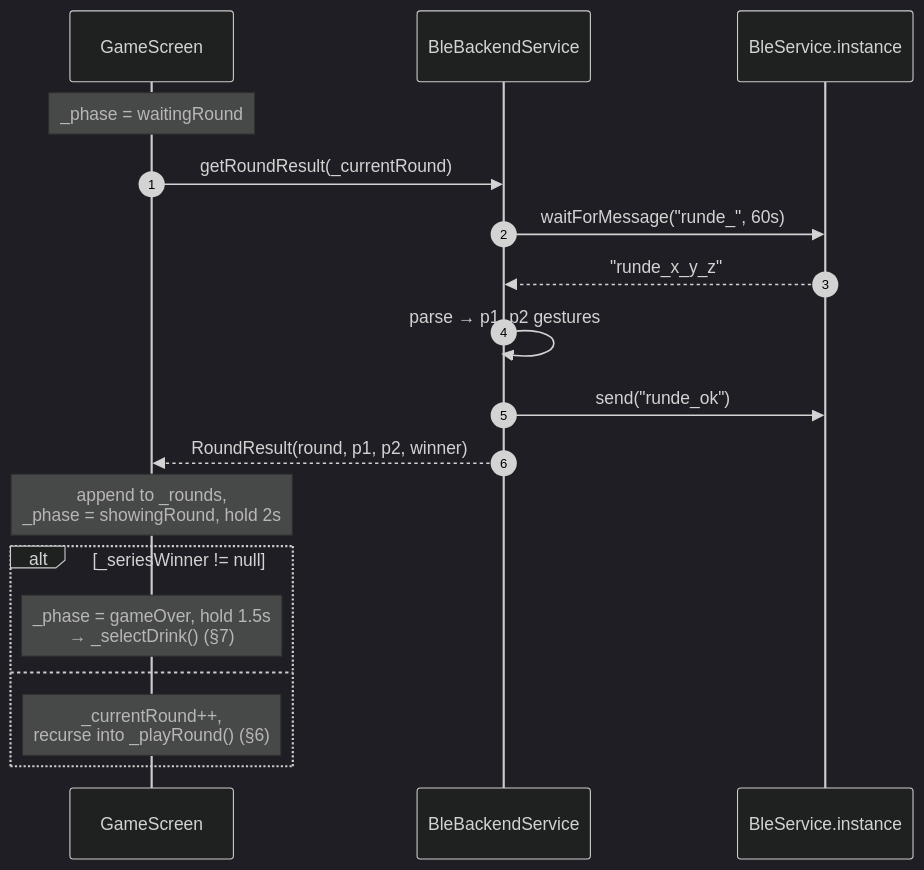
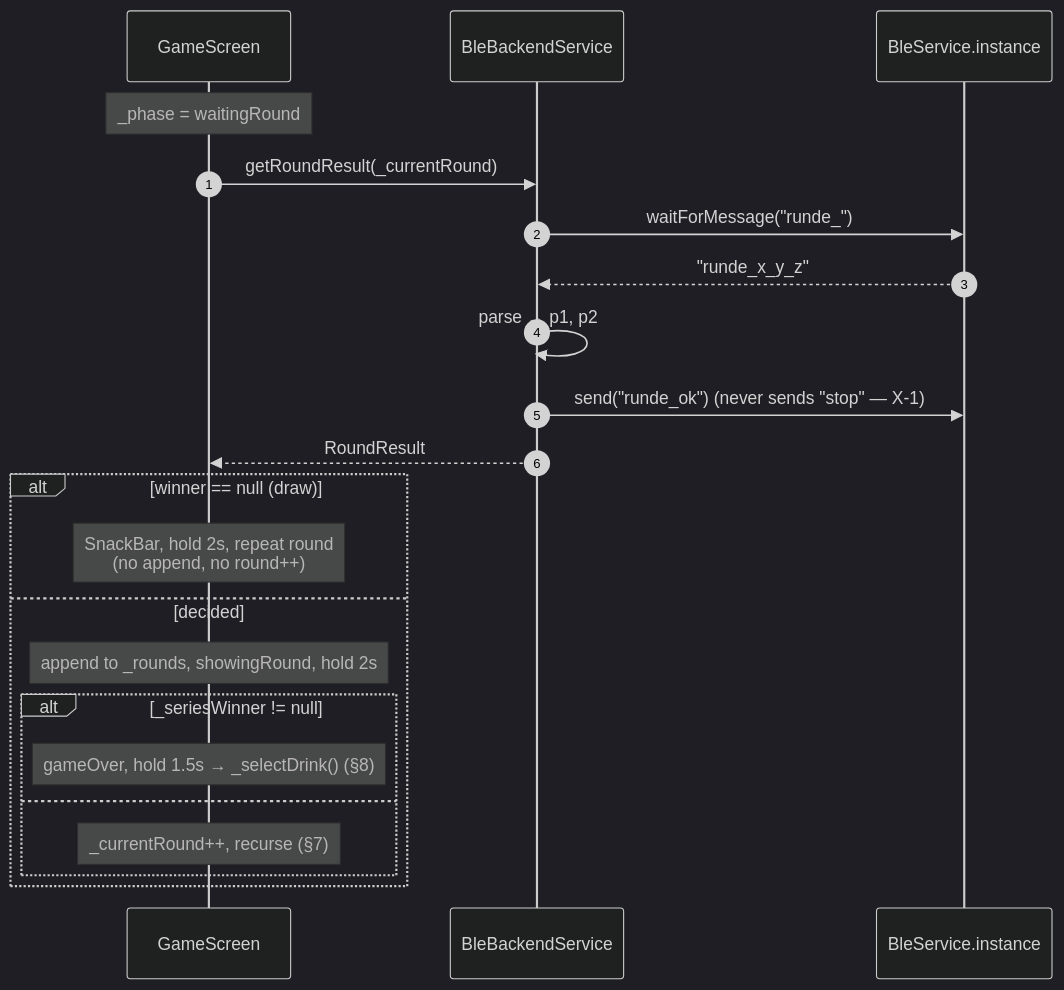
The seventh of 9 diagrams in docs/frontend/sequence-diagrams.md (Hubert005/IoT_Projekt), drawn with Mermaid (dark theme) before and after one commit. The commit also changed other lines of this file and 19 other files, not shown here.

````diff
--- a/docs/frontend/sequence-diagrams.md
+++ b/docs/frontend/sequence-diagrams.md
@@ -107,20 +132,24 @@
 ```mermaid
 sequenceDiagram
     autonumber
     participant Game as GameScreen
     participant BBS as BleBackendService
     participant Ble as BleService.instance
     Note over Game: _phase = waitingRound
     Game->>BBS: getRoundResult(_currentRound)
-    BBS->>Ble: waitForMessage("runde_", 60s)
+    BBS->>Ble: waitForMessage("runde_")
     Ble-->>BBS: "runde_x_y_z"
-    BBS->>BBS: parse → p1, p2 gestures
-    BBS->>Ble: send("runde_ok")
-    BBS-->>Game: RoundResult(round, p1, p2, winner)
-    Note over Game: append to _rounds,<br/>_phase = showingRound, hold 2s
-    alt _seriesWinner != null
-        Note over Game: _phase = gameOver, hold 1.5s<br/>→ _selectDrink() (§7)
-    else
-        Note over Game: _currentRound++,<br/>recurse into _playRound() (§6)
+    BBS->>BBS: parse → p1, p2
+    BBS->>Ble: send("runde_ok")  (never sends "stop" — X-1)
+    BBS-->>Game: RoundResult
+    alt winner == null (draw)
+        Note over Game: SnackBar, hold 2s, repeat round<br/>(no append, no round++)
+    else decided
+        Note over Game: append to _rounds, showingRound, hold 2s
+        alt _seriesWinner != null
+            Note over Game: gameOver, hold 1.5s → _selectDrink() (§8)
+        else
+            Note over Game: _currentRound++, recurse (§7)
+        end
     end
 ```
````
